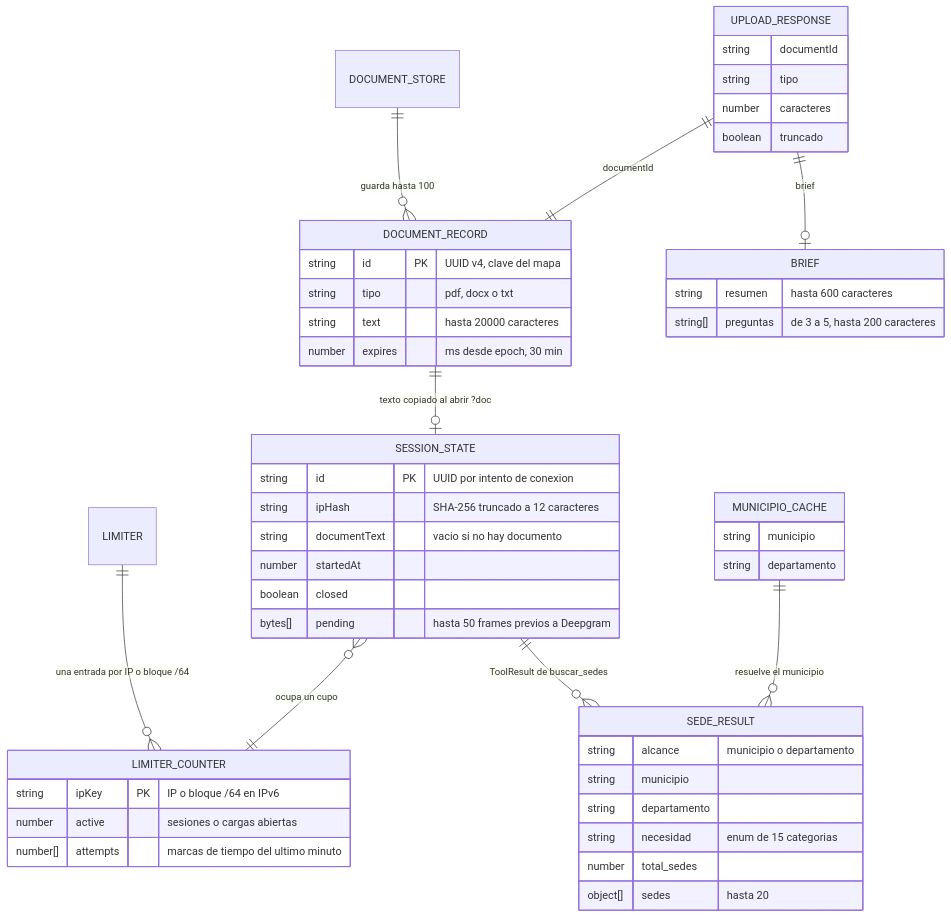
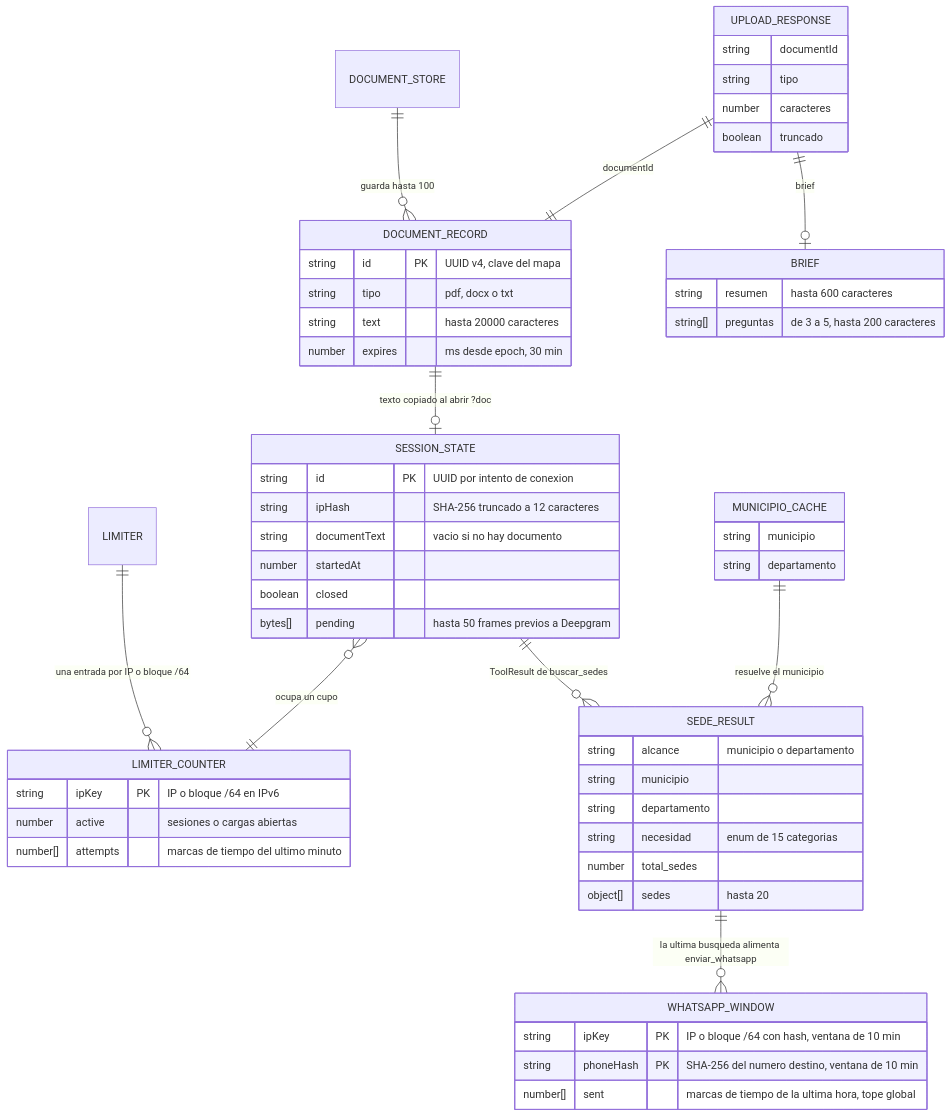
The diagram in docs/DATA-MODEL.md (JacoboJaramillo/Hackathon), drawn with Mermaid before and after one commit. The commit also changed other lines of this file and 18 other files, not shown here.

````diff
--- a/docs/DATA-MODEL.md
+++ b/docs/DATA-MODEL.md
@@ -7,53 +7,59 @@
 ```mermaid
 erDiagram
   DOCUMENT_STORE ||--o{ DOCUMENT_RECORD : "guarda hasta 100"
   DOCUMENT_RECORD ||--o| SESSION_STATE : "texto copiado al abrir ?doc"
   LIMITER ||--o{ LIMITER_COUNTER : "una entrada por IP o bloque /64"
   SESSION_STATE }o--|| LIMITER_COUNTER : "ocupa un cupo"
   SESSION_STATE ||--o{ SEDE_RESULT : "ToolResult de buscar_sedes"
   UPLOAD_RESPONSE ||--|| DOCUMENT_RECORD : "documentId"
   UPLOAD_RESPONSE ||--o| BRIEF : "brief"
   MUNICIPIO_CACHE ||--o{ SEDE_RESULT : "resuelve el municipio"
+  SEDE_RESULT ||--o{ WHATSAPP_WINDOW : "la ultima busqueda alimenta enviar_whatsapp"
 
   DOCUMENT_RECORD {
     string id PK "UUID v4, clave del mapa"
     string tipo "pdf, docx o txt"
     string text "hasta 20000 caracteres"
     number expires "ms desde epoch, 30 min"
   }
   LIMITER_COUNTER {
     string ipKey PK "IP o bloque /64 en IPv6"
     number active "sesiones o cargas abiertas"
     number[] attempts "marcas de tiempo del ultimo minuto"
   }
   SESSION_STATE {
     string id PK "UUID por intento de conexion"
     string ipHash "SHA-256 truncado a 12 caracteres"
     string documentText "vacio si no hay documento"
     number startedAt
     boolean closed
     bytes[] pending "hasta 50 frames previos a Deepgram"
   }
   SEDE_RESULT {
     string alcance "municipio o departamento"
     string municipio
     string departamento
     string necesidad "enum de 15 categorias"
     number total_sedes
     object[] sedes "hasta 20"
   }
+  WHATSAPP_WINDOW {
+    string ipKey PK "IP o bloque /64 con hash, ventana de 10 min"
+    string phoneHash PK "SHA-256 del numero destino, ventana de 10 min"
+    number[] sent "marcas de tiempo de la ultima hora, tope global"
+  }
   MUNICIPIO_CACHE {
     string municipio
     string departamento
   }
   UPLOAD_RESPONSE {
     string documentId
     string tipo
     number caracteres
     boolean truncado
   }
   BRIEF {
     string resumen "hasta 600 caracteres"
     string[] preguntas "de 3 a 5, hasta 200 caracteres"
   }
 ```
````
